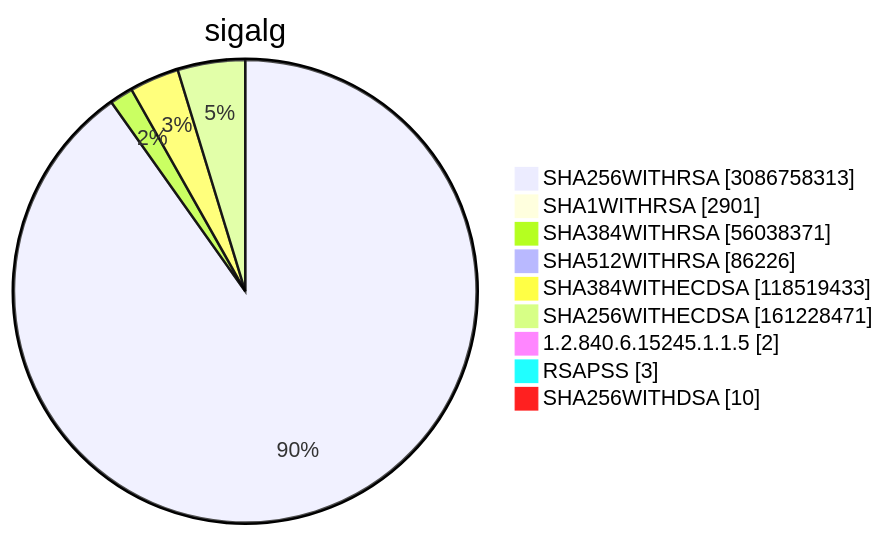
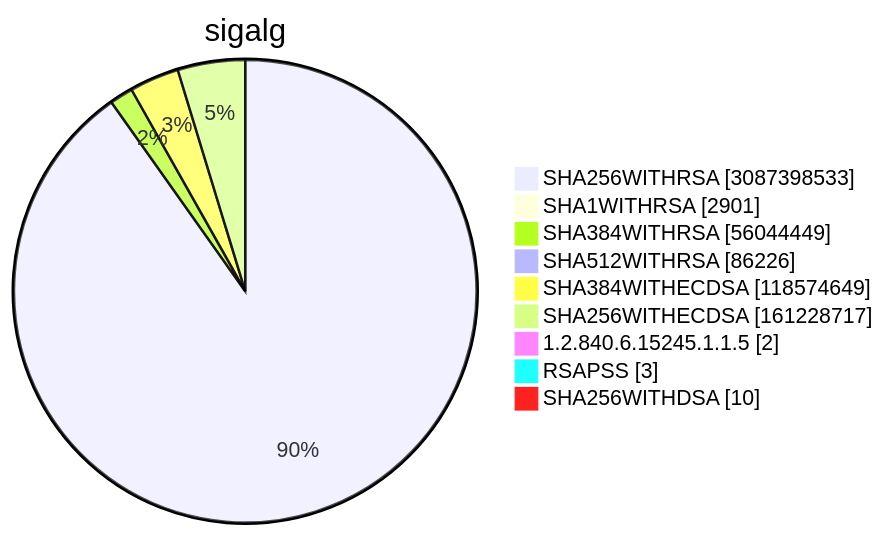
One commit to christiankrug/ctmonitor_visualization changed diagram 15 of 15 in TOTAL/README.md. Above: the diagram before and after it, drawn with Mermaid. The commit also changed other lines of this file, not shown here.

````diff
--- a/TOTAL/README.md
+++ b/TOTAL/README.md
@@ -6210,13 +6211,13 @@
 ```mermaid
 pie showData
 title sigalg
-"SHA256WITHRSA" :3086758313
+"SHA256WITHRSA" :3087398533
 "SHA1WITHRSA" :2901
-"SHA384WITHRSA" :56038371
+"SHA384WITHRSA" :56044449
 "SHA512WITHRSA" :86226
-"SHA384WITHECDSA" :118519433
-"SHA256WITHECDSA" :161228471
+"SHA384WITHECDSA" :118574649
+"SHA256WITHECDSA" :161228717
 "1.2.840.6.15245.1.1.5" :2
 "RSAPSS" :3
 "SHA256WITHDSA" :10
 ```
````
